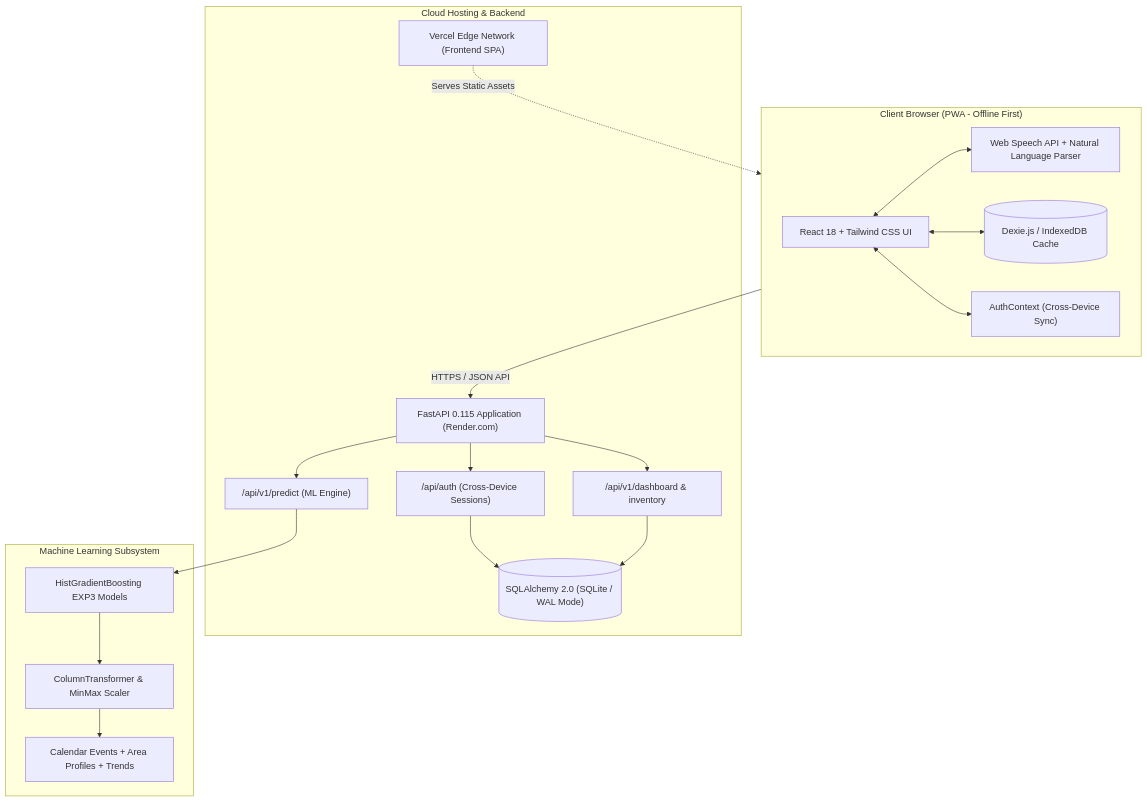
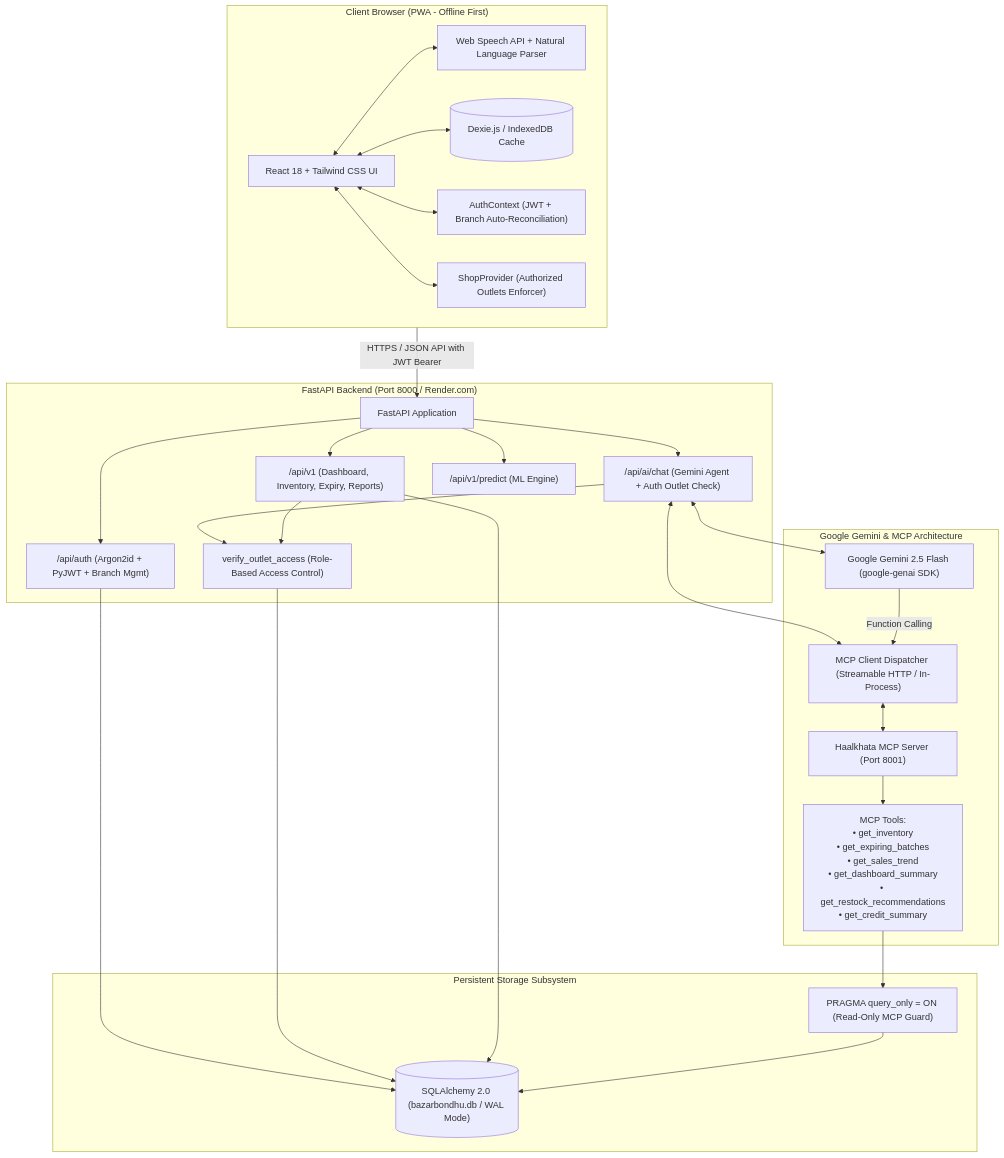
One commit to Synity-Soft/-Haalkhata- changed the first of 2 diagrams in README.md. Above: the diagram before and after it, drawn with Mermaid. The commit also changed other lines of this file, not shown here.

Commit message:
feat(docs): Update README with new features, AI integration, and enhanced food safety compliance details

````diff
--- a/README.md
+++ b/README.md
@@ -119,41 +134,57 @@
 ```mermaid
 flowchart TD
     subgraph Client ["Client Browser (PWA - Offline First)"]
         UI["React 18 + Tailwind CSS UI"]
         VoiceEngine["Web Speech API + Natural Language Parser"]
         LocalDB[("Dexie.js / IndexedDB Cache")]
-        AuthCtx["AuthContext (Cross-Device Sync)"]
+        AuthCtx["AuthContext (JWT + Branch Auto-Reconciliation)"]
+        ShopCtx["ShopProvider (Authorized Outlets Enforcer)"]
         
         UI <--> VoiceEngine
         UI <--> LocalDB
         UI <--> AuthCtx
+        UI <--> ShopCtx
     end
 
-    subgraph Cloud ["Cloud Hosting & Backend"]
-        Vercel["Vercel Edge Network (Frontend SPA)"]
-        FastAPI["FastAPI 0.115 Application (Render.com)"]
-        AuthRouter["/api/auth (Cross-Device Sessions)"]
+    subgraph Backend ["FastAPI Backend (Port 8000 / Render.com)"]
+        FastAPI["FastAPI Application"]
+        AuthRouter["/api/auth (Argon2id + PyJWT + Branch Mgmt)"]
+        AIRouter["/api/ai/chat (Gemini Agent + Auth Outlet Check)"]
+        RetailRouter["/api/v1 (Dashboard, Inventory, Expiry, Reports)"]
         ForecastRouter["/api/v1/predict (ML Engine)"]
-        RetailRouter["/api/v1/dashboard & inventory"]
-        SQLite[("SQLAlchemy 2.0 (SQLite / WAL Mode)")]
+        SecurityEngine["verify_outlet_access (Role-Based Access Control)"]
         
         FastAPI --> AuthRouter
+        FastAPI --> AIRouter
+        FastAPI --> RetailRouter
         FastAPI --> ForecastRouter
-        FastAPI --> RetailRouter
-        AuthRouter --> SQLite
-        RetailRouter --> SQLite
+        AIRouter --> SecurityEngine
+        RetailRouter --> SecurityEngine
     end
 
-    subgraph MLEngine ["Machine Learning Subsystem"]
-        HGBModel["HistGradientBoosting EXP3 Models"]
-        Scaler["ColumnTransformer & MinMax Scaler"]
-        Features["Calendar Events + Area Profiles + Trends"]
+    subgraph AISubsystem ["Google Gemini & MCP Architecture"]
+        GeminiLive["Google Gemini 2.5 Flash (google-genai SDK)"]
+        MCPClient["MCP Client Dispatcher (Streamable HTTP / In-Process)"]
+        MCPServer["Haalkhata MCP Server (Port 8001)"]
+        MCPTools["MCP Tools:\n• get_inventory\n• get_expiring_batches\n• get_sales_trend\n• get_dashboard_summary\n• get_restock_recommendations\n• get_credit_summary"]
         
-        ForecastRouter --> HGBModel
-        HGBModel --> Scaler
-        Scaler --> Features
+        AIRouter <--> GeminiLive
+        AIRouter <--> MCPClient
+        GeminiLive -- "Function Calling" --> MCPClient
+        MCPClient <--> MCPServer
+        MCPServer --> MCPTools
     end
 
-    Client -- "HTTPS / JSON API" --> FastAPI
-    Vercel -. "Serves Static Assets" .-> Client
+    subgraph Storage ["Persistent Storage Subsystem"]
+        SQLite[("SQLAlchemy 2.0 (bazarbondhu.db / WAL Mode)")]
+        ReadOnlyPragma["PRAGMA query_only = ON (Read-Only MCP Guard)"]
+        
+        AuthRouter --> SQLite
+        SecurityEngine --> SQLite
+        RetailRouter --> SQLite
+        MCPTools --> ReadOnlyPragma
+        ReadOnlyPragma --> SQLite
+    end
+
+    Client -- "HTTPS / JSON API with JWT Bearer" --> FastAPI
 ```
````
